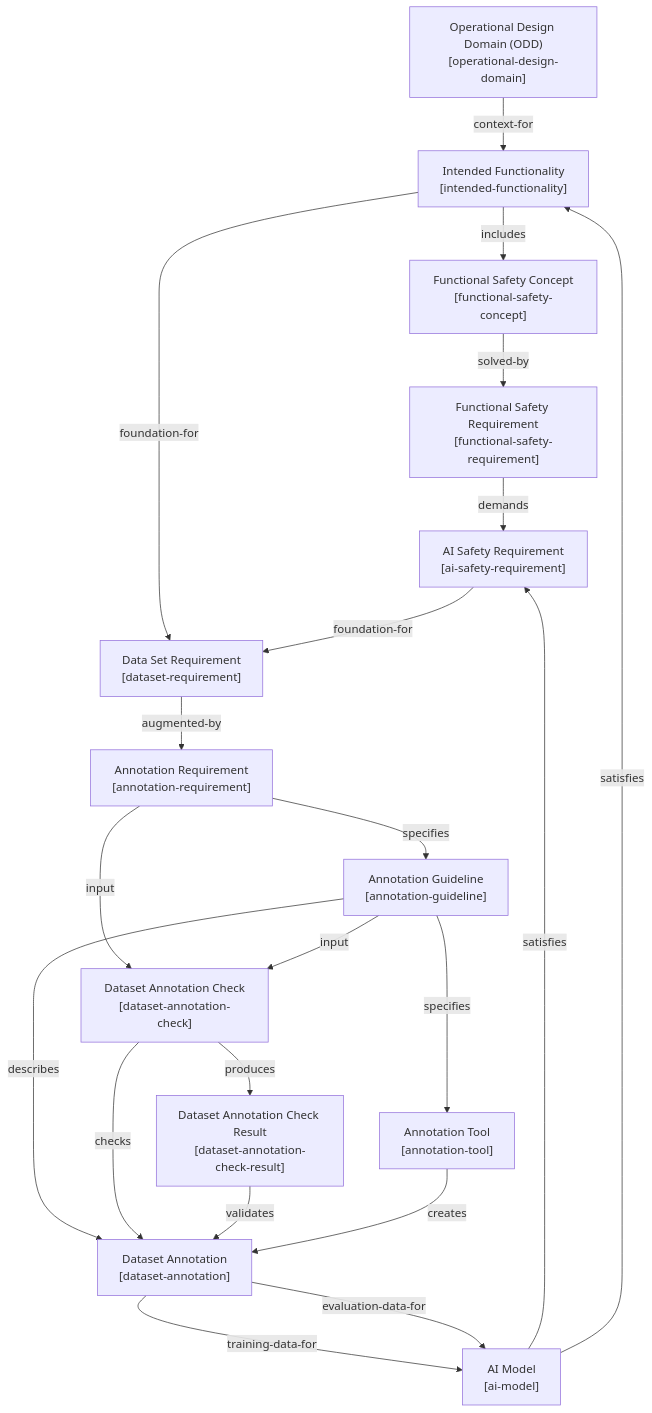
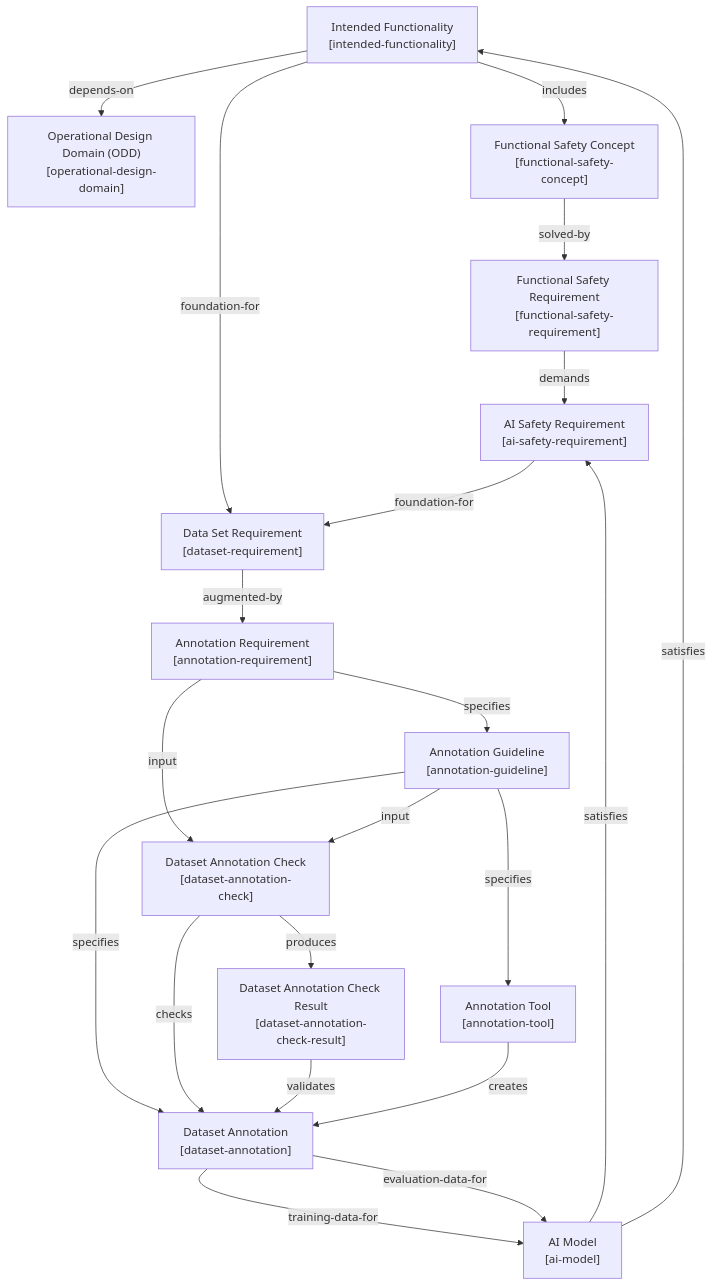
Before and after one commit to ffi-famer/famer-tim: the first of 2 diagrams in README.md, drawn with Mermaid.

Commit message:
Update graph for consistency

````diff
--- a/README.md
+++ b/README.md
@@ -114,36 +114,36 @@
 ```mermaid
 graph TD
     9c3484c82d124e76a694554125353df9["Operational Design Domain (ODD)<br/>[operational-design-domain]"]
-    9c3484c82d124e76a694554125353df9 -->|context-for| 5a0039ffee7a4924bfe423956918f750
     5a0039ffee7a4924bfe423956918f750["Intended Functionality<br/>[intended-functionality]"]
     5a0039ffee7a4924bfe423956918f750 -->|includes| 1f0e57fcf2ed4e5d9547a64d5f6a3994
     5a0039ffee7a4924bfe423956918f750 -->|foundation-for| 667438ccdfef413aa485ff2581d6ffc5
+    5a0039ffee7a4924bfe423956918f750 -->|depends-on| 9c3484c82d124e76a694554125353df9
     1f0e57fcf2ed4e5d9547a64d5f6a3994["Functional Safety Concept<br/>[functional-safety-concept]"]
     1f0e57fcf2ed4e5d9547a64d5f6a3994 -->|solved-by| de34d5f3d3a24e8ba360001b5aa25922
     de34d5f3d3a24e8ba360001b5aa25922["Functional Safety Requirement<br/>[functional-safety-requirement]"]
     de34d5f3d3a24e8ba360001b5aa25922 -->|demands| b46bb22119ac47028bee515844fcbf33
     b46bb22119ac47028bee515844fcbf33["AI Safety Requirement<br/>[ai-safety-requirement]"]
     b46bb22119ac47028bee515844fcbf33 -->|foundation-for| 667438ccdfef413aa485ff2581d6ffc5
     667438ccdfef413aa485ff2581d6ffc5["Data Set Requirement<br/>[dataset-requirement]"]
     667438ccdfef413aa485ff2581d6ffc5 -->|augmented-by| 40a7bac946a34174844e42378d23e489
     40a7bac946a34174844e42378d23e489["Annotation Requirement<br/>[annotation-requirement]"]
     40a7bac946a34174844e42378d23e489 -->|specifies| 79a0763913e946e7b238deb3eb705ecb
     40a7bac946a34174844e42378d23e489 -->|input| 9f336b1a28b7439899012241f15623ec
     79a0763913e946e7b238deb3eb705ecb["Annotation Guideline<br/>[annotation-guideline]"]
     79a0763913e946e7b238deb3eb705ecb -->|specifies| 2e6fe9901849498f86d6c514c3c824e2
-    79a0763913e946e7b238deb3eb705ecb -->|describes| 3eac6b785ba245a284185f6edbfc0767
+    79a0763913e946e7b238deb3eb705ecb -->|specifies| 3eac6b785ba245a284185f6edbfc0767
     79a0763913e946e7b238deb3eb705ecb -->|input| 9f336b1a28b7439899012241f15623ec
     3eac6b785ba245a284185f6edbfc0767["Dataset Annotation<br/>[dataset-annotation]"]
     3eac6b785ba245a284185f6edbfc0767 -->|training-data-for| 4134ca2ab0434822aa98c16f18b4db0d
     3eac6b785ba245a284185f6edbfc0767 -->|evaluation-data-for| 4134ca2ab0434822aa98c16f18b4db0d
     4134ca2ab0434822aa98c16f18b4db0d["AI Model<br/>[ai-model]"]
     4134ca2ab0434822aa98c16f18b4db0d -->|satisfies| b46bb22119ac47028bee515844fcbf33
     4134ca2ab0434822aa98c16f18b4db0d -->|satisfies| 5a0039ffee7a4924bfe423956918f750
     9f336b1a28b7439899012241f15623ec["Dataset Annotation Check<br/>[dataset-annotation-check]"]
     9f336b1a28b7439899012241f15623ec -->|checks| 3eac6b785ba245a284185f6edbfc0767
     9f336b1a28b7439899012241f15623ec -->|produces| 7b8e858a6fe84f67843584e2f2ba8929
     7b8e858a6fe84f67843584e2f2ba8929["Dataset Annotation Check Result<br/>[dataset-annotation-check-result]"]
     7b8e858a6fe84f67843584e2f2ba8929 -->|validates| 3eac6b785ba245a284185f6edbfc0767
     2e6fe9901849498f86d6c514c3c824e2["Annotation Tool<br/>[annotation-tool]"]
     2e6fe9901849498f86d6c514c3c824e2 -->|creates| 3eac6b785ba245a284185f6edbfc0767
 ```
````
